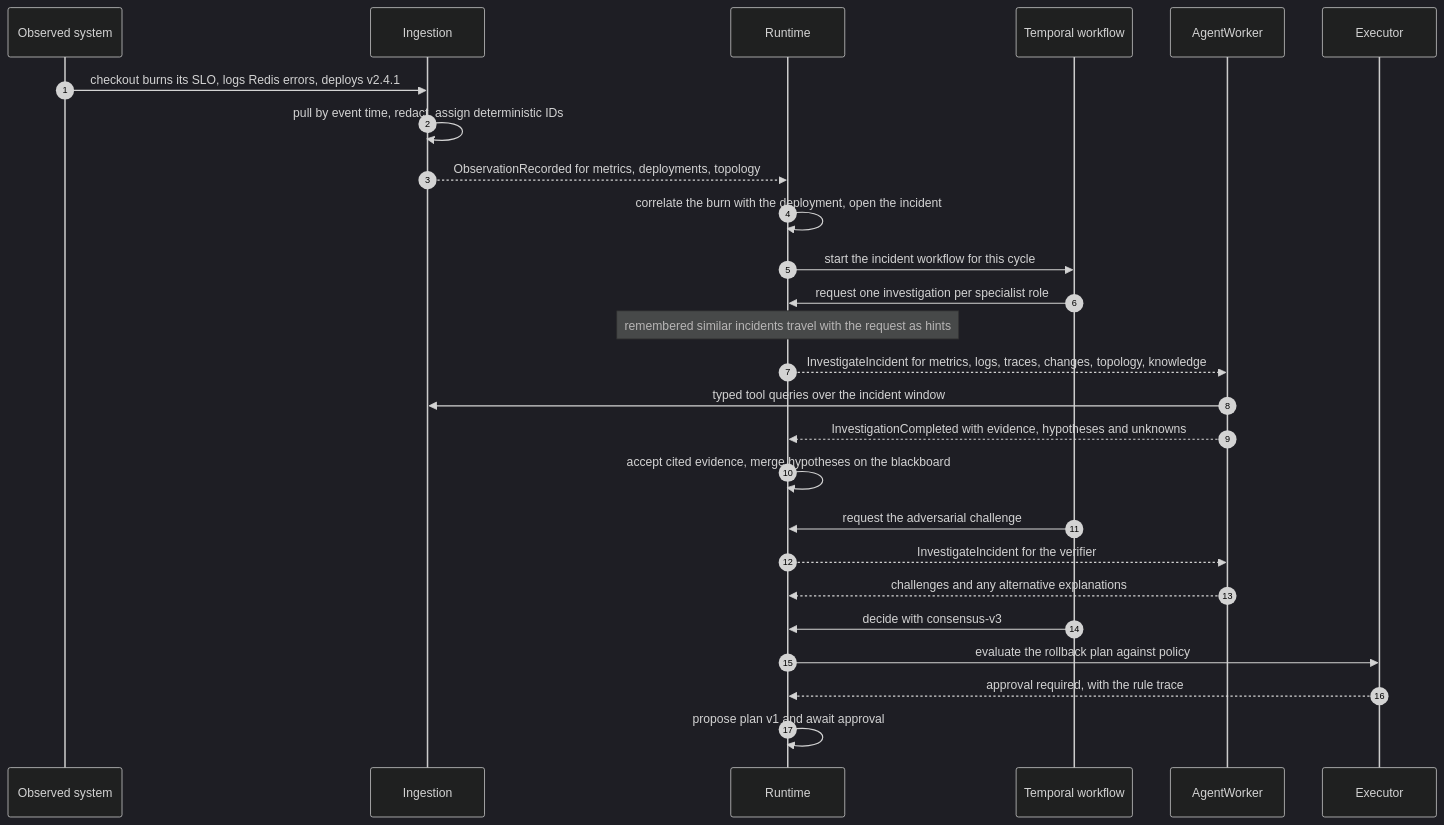
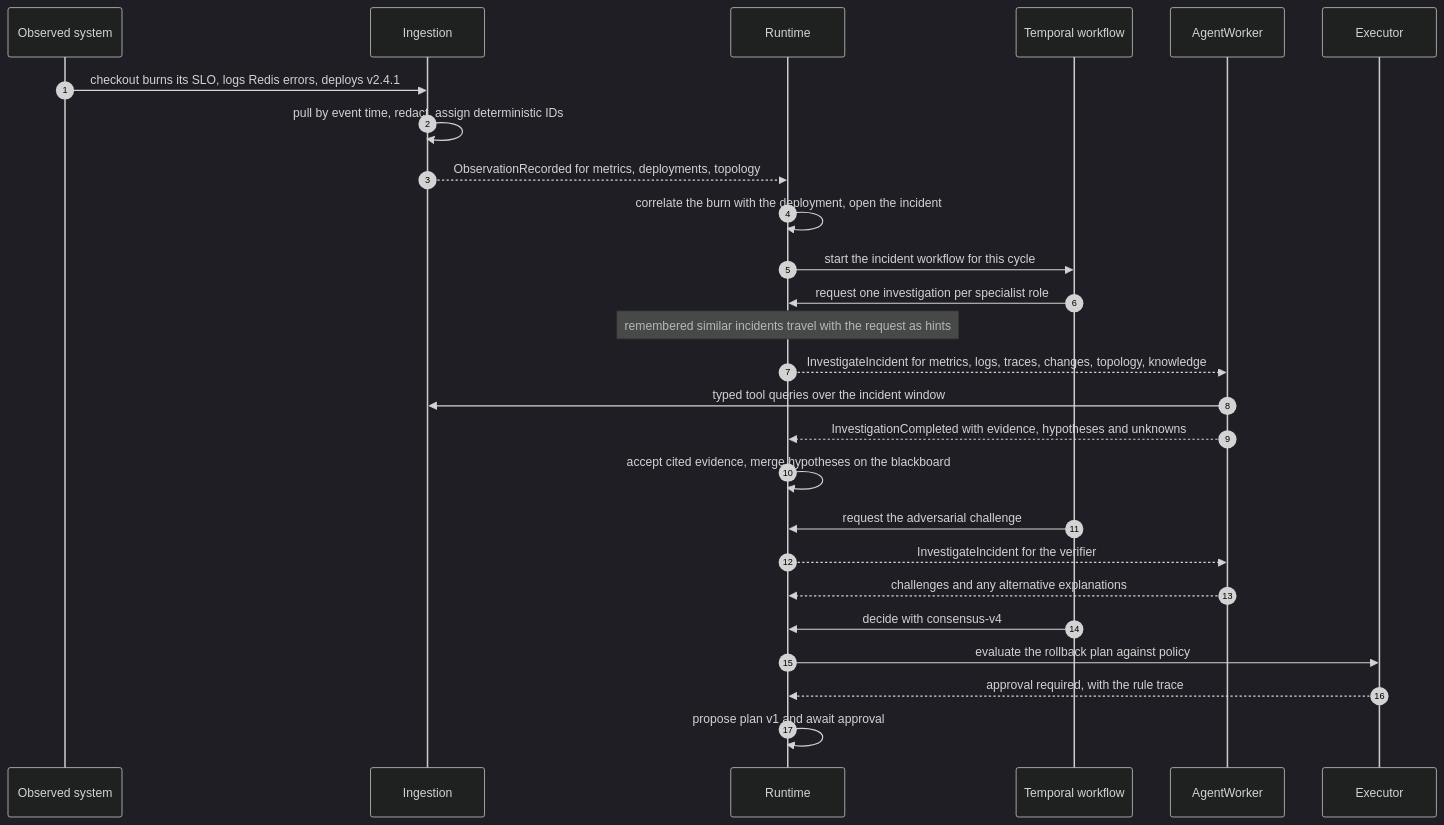
One commit to Psingle20/Sentinel changed the fourth of 9 diagrams in README.md. Above: the diagram before and after it, drawn with Mermaid (dark theme). The commit also changed other lines of this file and 4 other files, not shown here.

````diff
--- a/README.md
+++ b/README.md
@@ -198,29 +198,29 @@
 ```mermaid
 sequenceDiagram
     autonumber
     participant Sys as Observed system
     participant Ing as Ingestion
     participant Rt as Runtime
     participant Wf as Temporal workflow
     participant Aw as AgentWorker
     participant Ex as Executor
 
     Sys->>Ing: checkout burns its SLO, logs Redis errors, deploys v2.4.1
     Ing->>Ing: pull by event time, redact, assign deterministic IDs
     Ing-->>Rt: ObservationRecorded for metrics, deployments, topology
     Rt->>Rt: correlate the burn with the deployment, open the incident
     Rt->>Wf: start the incident workflow for this cycle
     Wf->>Rt: request one investigation per specialist role
     Note over Rt: remembered similar incidents travel with the request as hints
     Rt-->>Aw: InvestigateIncident for metrics, logs, traces, changes, topology, knowledge
     Aw->>Ing: typed tool queries over the incident window
     Aw-->>Rt: InvestigationCompleted with evidence, hypotheses and unknowns
     Rt->>Rt: accept cited evidence, merge hypotheses on the blackboard
     Wf->>Rt: request the adversarial challenge
     Rt-->>Aw: InvestigateIncident for the verifier
     Aw-->>Rt: challenges and any alternative explanations
-    Wf->>Rt: decide with consensus-v3
+    Wf->>Rt: decide with consensus-v4
     Rt->>Ex: evaluate the rollback plan against policy
     Ex-->>Rt: approval required, with the rule trace
     Rt->>Rt: propose plan v1 and await approval
 ```
````
